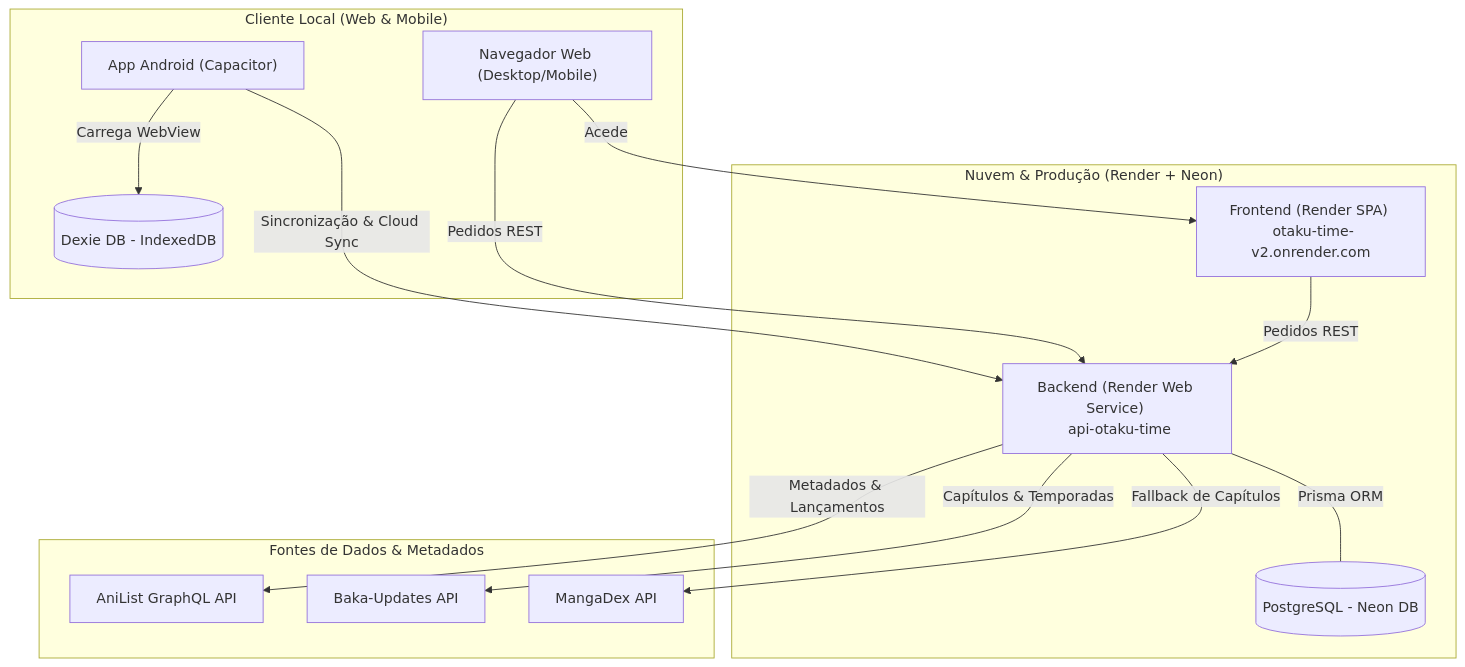
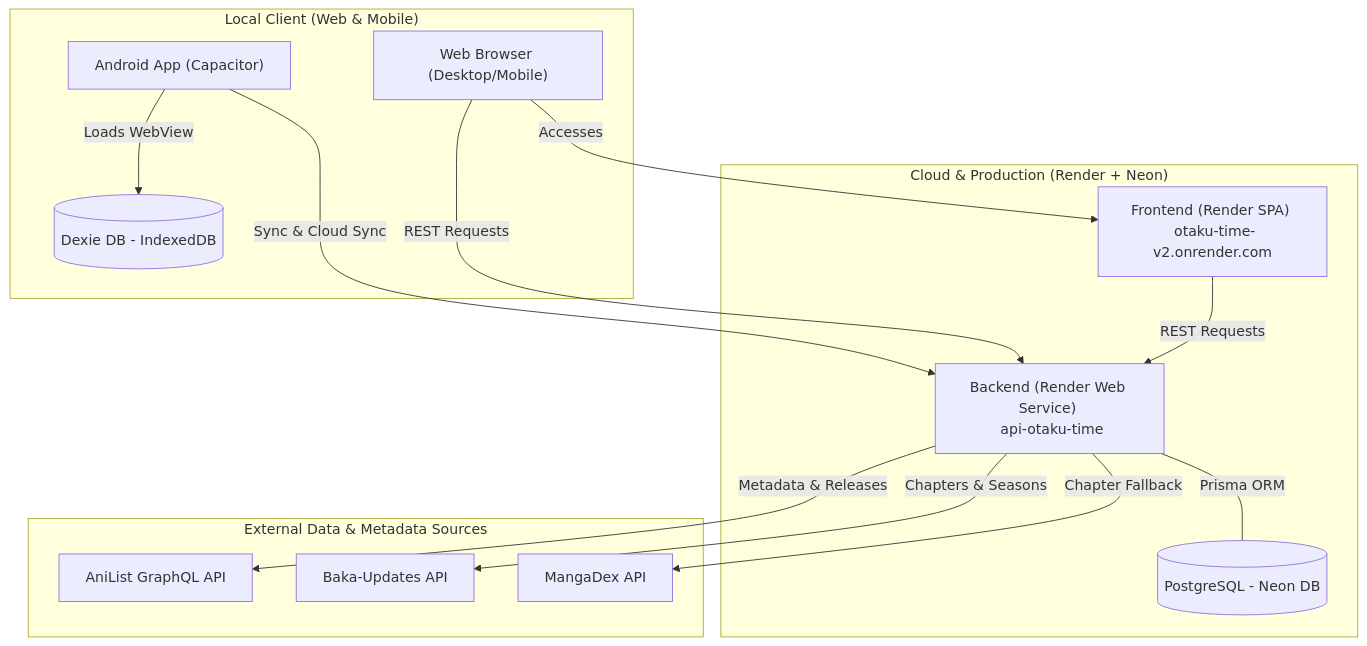
Before and after one commit to Braz55/Otaku-Time-v2: the first of 2 diagrams in README.md, drawn with Mermaid. The commit also changed other lines of this file and 4 other files, not shown here.

````diff
--- a/README.md
+++ b/README.md
@@ -61,34 +63,34 @@
 ```mermaid
 flowchart TD
-    subgraph Nuvem ["Nuvem & Produção (Render + Neon)"]
+    subgraph Cloud ["Cloud & Production (Render + Neon)"]
         FE_Render["Frontend (Render SPA) \n otaku-time-v2.onrender.com"]
         BE_Render["Backend (Render Web Service) \n api-otaku-time"]
         DB_Neon[(PostgreSQL - Neon DB)]
     end
 
-    subgraph Dispositivo ["Cliente Local (Web & Mobile)"]
-        Browser["Navegador Web (Desktop/Mobile)"]
-        Capacitor["App Android (Capacitor)"]
+    subgraph Device ["Local Client (Web & Mobile)"]
+        Browser["Web Browser (Desktop/Mobile)"]
+        Capacitor["Android App (Capacitor)"]
         LocalDB[(Dexie DB - IndexedDB)]
     end
 
-    subgraph Fontes_Externas ["Fontes de Dados & Metadados"]
+    subgraph External_Sources ["External Data & Metadata Sources"]
         AniList["AniList GraphQL API"]
         BakaUpdates["Baka-Updates API"]
         MangaDex["MangaDex API"]
     end
 
-    %% Relações de comunicação
-    Browser -->|Acede| FE_Render
-    Capacitor -->|Carrega WebView| LocalDB
+    %% Communication relationships
+    Browser -->|Accesses| FE_Render
+    Capacitor -->|Loads WebView| LocalDB
     
-    FE_Render -->|Pedidos REST| BE_Render
-    Browser -->|Pedidos REST| BE_Render
-    Capacitor -->|Sincronização & Cloud Sync| BE_Render
+    FE_Render -->|REST Requests| BE_Render
+    Browser -->|REST Requests| BE_Render
+    Capacitor -->|Sync & Cloud Sync| BE_Render
     
     BE_Render ---|"Prisma ORM"| DB_Neon
     
-    BE_Render -->|Metadados & Lançamentos| AniList
-    BE_Render -->|Capítulos & Temporadas| BakaUpdates
-    BE_Render -->|Fallback de Capítulos| MangaDex
+    BE_Render -->|Metadata & Releases| AniList
+    BE_Render -->|Chapters & Seasons| BakaUpdates
+    BE_Render -->|Chapter Fallback| MangaDex
 ```
````
